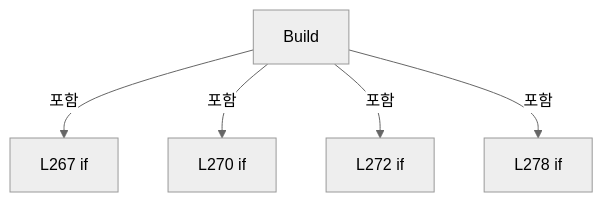
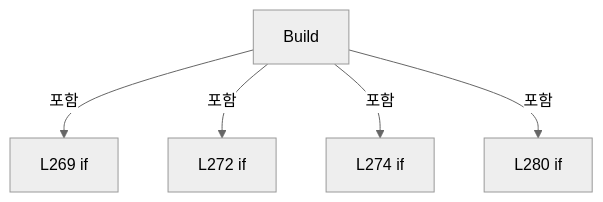
One commit to kjuws10-rgb/Shared changed the eighth of 9 diagrams in A3 LD Code Ref/files/Drilling.Common/Review/CZeroDefenceRecipePlan.cs.md. Above: the diagram before and after it, drawn with Mermaid (neutral theme). The commit also changed other lines of this file and 2071 other files, not shown here.

Commit message:
docs(a3): update 11.19.0 architecture and code reference

````diff
--- a/A3 LD Code Ref/files/Drilling.Common/Review/CZeroDefenceRecipePlan.cs.md
+++ b/A3 LD Code Ref/files/Drilling.Common/Review/CZeroDefenceRecipePlan.cs.md
@@ -1989,12 +2002,12 @@
 ```mermaid
 flowchart TD
  M["Build"]
- N0["L267 if"]
+ N0["L269 if"]
  M -->|포함| N0
- N1["L270 if"]
+ N1["L272 if"]
  M -->|포함| N1
- N2["L272 if"]
+ N2["L274 if"]
  M -->|포함| N2
- N3["L278 if"]
+ N3["L280 if"]
  M -->|포함| N3
 ```
````
